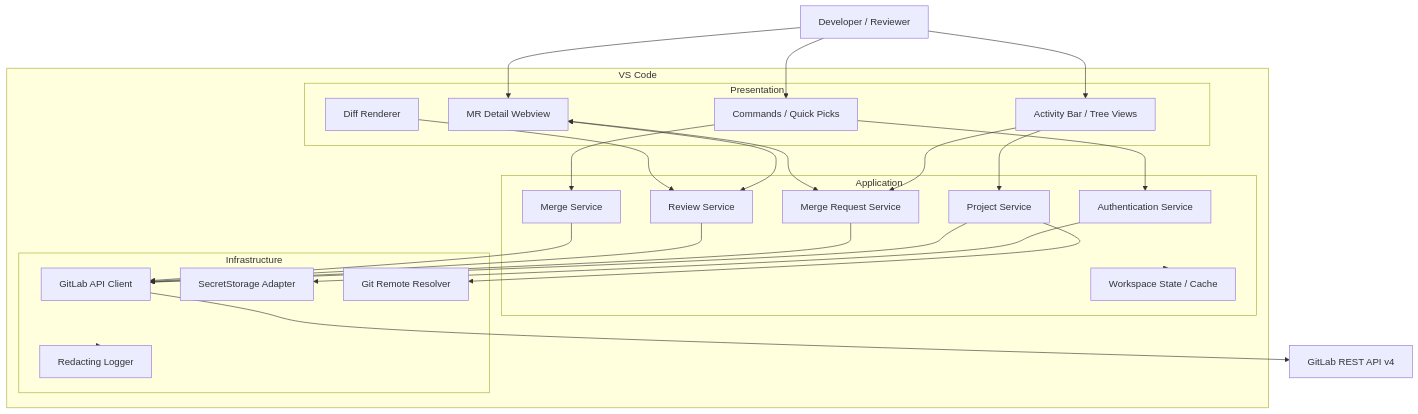
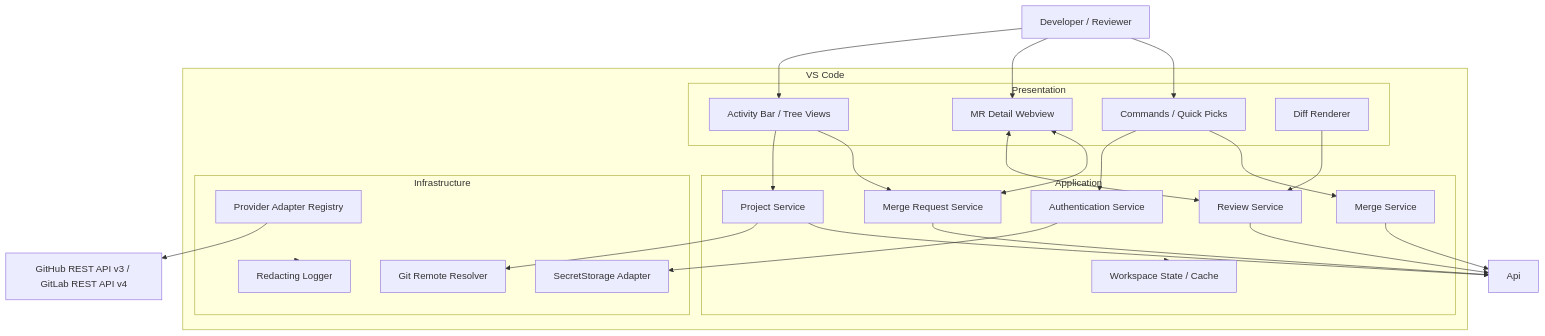
The first of 5 diagrams in docs/SDS.md (minh-lb/vscode-reviewdock), drawn with Mermaid before and after one commit. The commit also changed other lines of this file, not shown here.

Commit message:
docs: design multi-provider connection architecture

```diff
--- a/docs/SDS.md
+++ b/docs/SDS.md
@@ -39,46 +39,46 @@
 ~~~mermaid
 flowchart TB
   User[Developer / Reviewer]
   subgraph VSCode[VS Code]
     subgraph UI[Presentation]
       Tree[Activity Bar / Tree Views]
       Panel[MR Detail Webview]
       Commands[Commands / Quick Picks]
       Diff[Diff Renderer]
     end
     subgraph App[Application]
       AuthSvc[Authentication Service]
       ProjectSvc[Project Service]
       MrSvc[Merge Request Service]
       ReviewSvc[Review Service]
       MergeSvc[Merge Service]
       State[Workspace State / Cache]
     end
     subgraph Infra[Infrastructure]
-      Api[GitLab API Client]
+      Providers[Provider Adapter Registry]
       Secret[SecretStorage Adapter]
       Git[Git Remote Resolver]
       Logger[Redacting Logger]
     end
   end
-  GitLab[GitLab REST API v4]
+  ProviderAPI[GitHub REST API v3 / GitLab REST API v4]
   User --> Tree
   User --> Panel
   User --> Commands
   Tree --> ProjectSvc
   Tree --> MrSvc
   Panel <--> ReviewSvc
   Panel <--> MrSvc
   Diff --> ReviewSvc
   Commands --> AuthSvc
   Commands --> MergeSvc
   AuthSvc --> Secret
   ProjectSvc --> Git
   ProjectSvc --> Api
   MrSvc --> Api
   ReviewSvc --> Api
   MergeSvc --> Api
   App --> State
-  Api --> GitLab
+  Providers --> ProviderAPI
   Infra --> Logger
 ~~~
```
